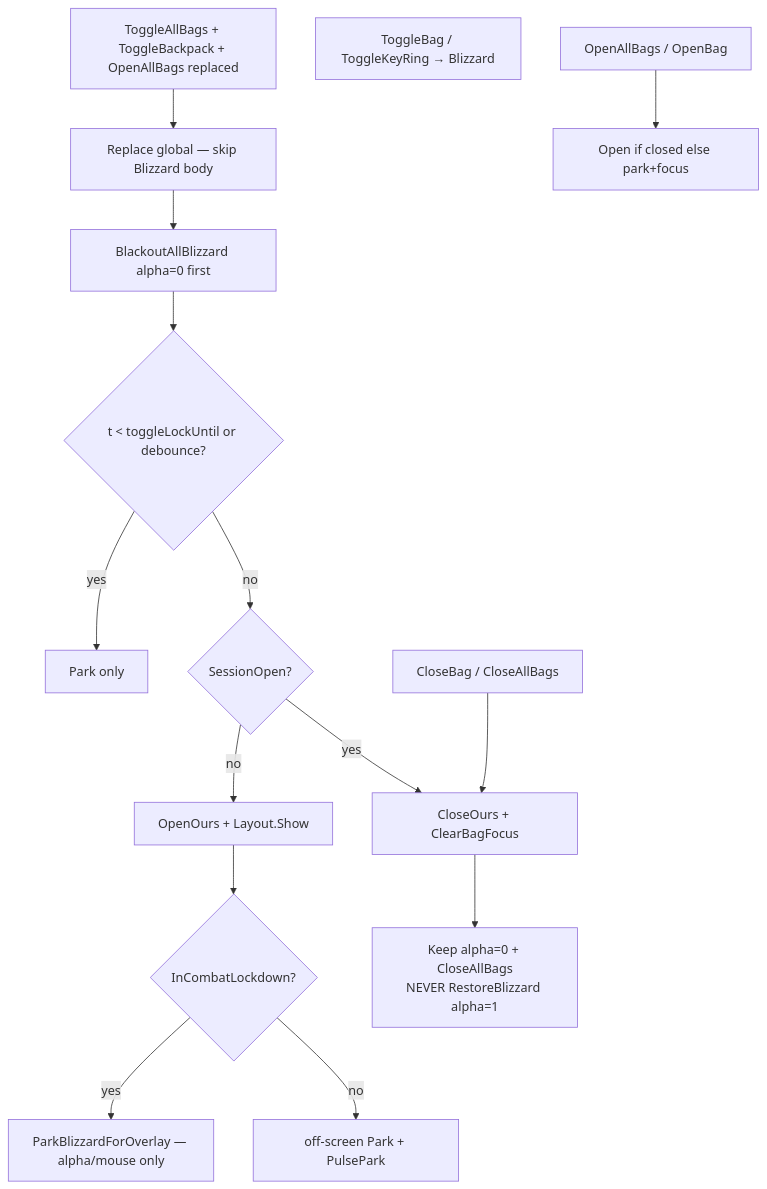
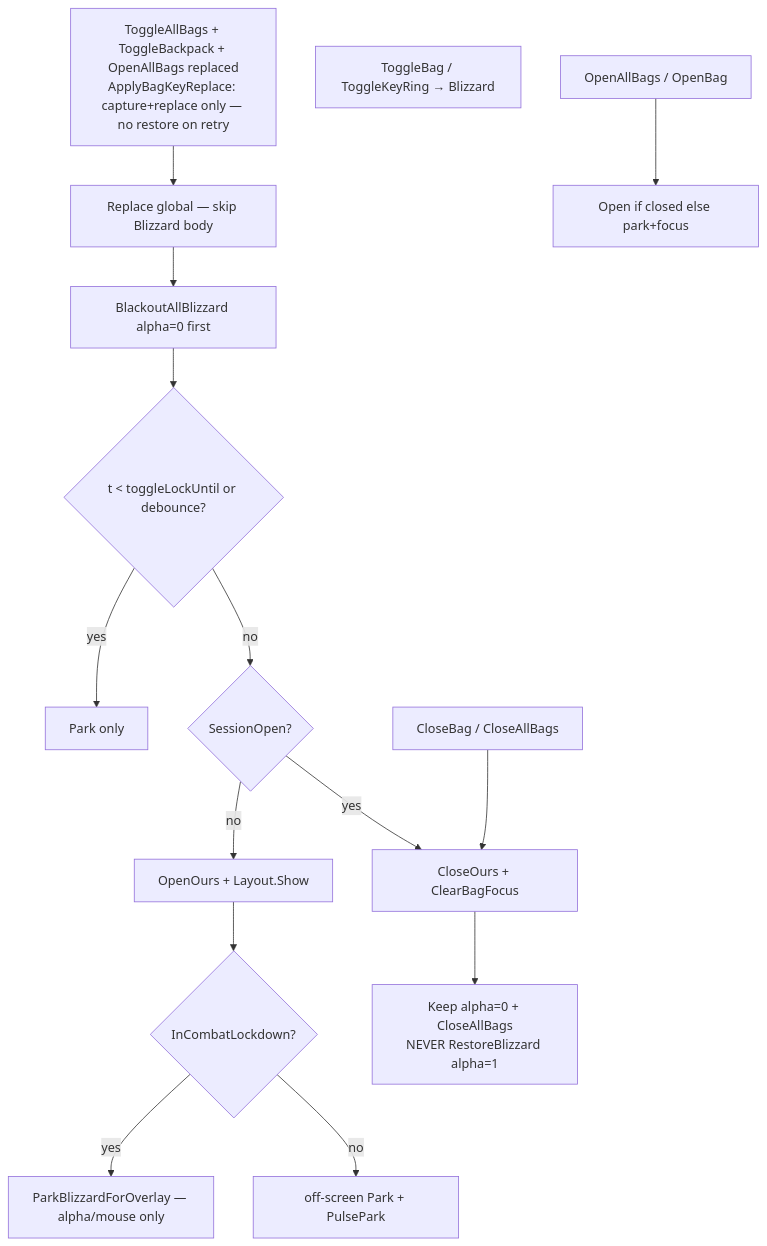
The first of 6 diagrams in addons/BetterBackpack/Docs/loops.md (sirTurbisCZ/wow-forever-addons), drawn with Mermaid before and after one commit. The commit also changed 4 other files, not shown here.

First line of the commit message:
BetterBackpack 1.0.10: keep B toggle hook across InstallHooks retries

````diff
--- a/addons/BetterBackpack/Docs/loops.md
+++ b/addons/BetterBackpack/Docs/loops.md
@@ -11,18 +11,18 @@
 ```mermaid
 flowchart TD
-  B[ToggleAllBags + ToggleBackpack + OpenAllBags replaced]
+  B[ToggleAllBags + ToggleBackpack + OpenAllBags replaced<br/>ApplyBagKeyReplace: capture+replace only — no restore on retry]
   Bar[ToggleBag / ToggleKeyRing → Blizzard]
   B --> Rep[Replace global — skip Blizzard body]
   Rep --> Black[BlackoutAllBlizzard alpha=0 first]
   Black --> Lock{t < toggleLockUntil or debounce?}
   Lock -->|yes| Pulse[Park only]
   Lock -->|no| Vis{SessionOpen?}
   Vis -->|no| Open[OpenOurs + Layout.Show]
   Open --> ParkMode{InCombatLockdown?}
   ParkMode -->|yes| AlphaOnly[ParkBlizzardForOverlay — alpha/mouse only]
   ParkMode -->|no| OffPark[off-screen Park + PulsePark]
   Vis -->|yes| Close[CloseOurs + ClearBagFocus]
   Close --> Keep0[Keep alpha=0 + CloseAllBags<br/>NEVER RestoreBlizzard alpha=1]
   OpenOnly[OpenAllBags / OpenBag] --> OpenOrPark[Open if closed else park+focus]
   CloseAPI[CloseBag / CloseAllBags] --> Close
 ```
````
